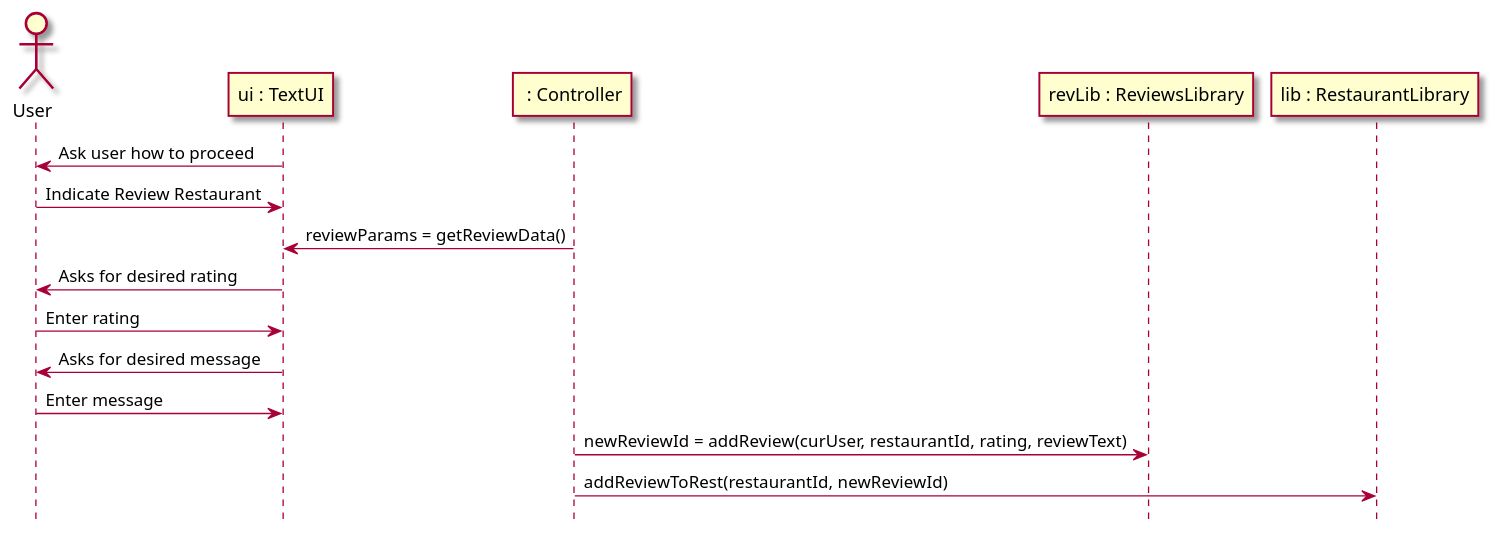
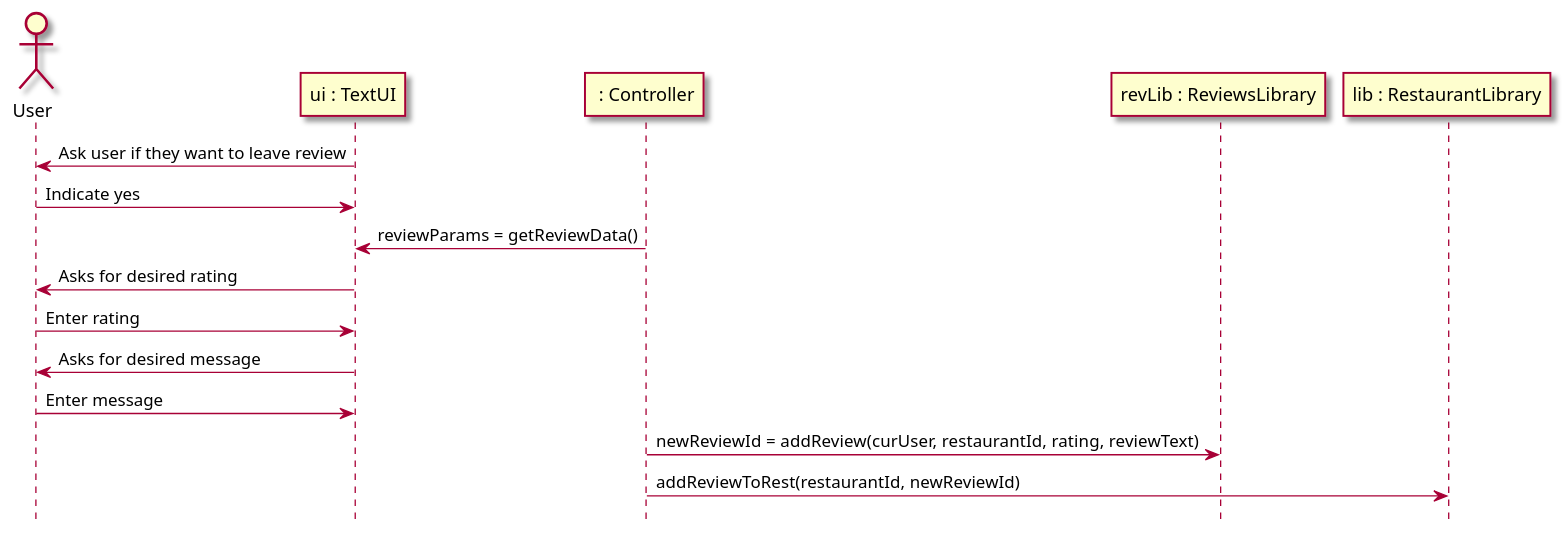
Before and after one commit to tanwasp/LunchBox-Android: the second of 3 diagrams in intellij/doc/design.md, drawn with PlantUML. The commit also changed 1 other file, not shown here.

Commit message:
Finish test report

````diff
--- a/intellij/doc/design.md
+++ b/intellij/doc/design.md
@@ -41,23 +41,23 @@
 ```plantuml
 @startuml
 hide footbox
 skin rose
 
 actor User as user
 participant "ui : TextUI" as ui
 participant " : Controller" as controller
 participant "revLib : ReviewsLibrary" as revLib
 participant "lib : RestaurantLibrary" as lib
 
-ui -> user : Ask user how to proceed
-user -> ui : Indicate Review Restaurant
+ui -> user : Ask user if they want to leave review
+user -> ui : Indicate yes
 controller -> ui : reviewParams = getReviewData()
 ui -> user : Asks for desired rating
 user -> ui : Enter rating
 ui -> user : Asks for desired message
 user -> ui : Enter message
 controller -> revLib : newReviewId = addReview(curUser, restaurantId, rating, reviewText)
 controller -> lib : addReviewToRest(restaurantId, newReviewId)
 
 @enduml
 ```
````
